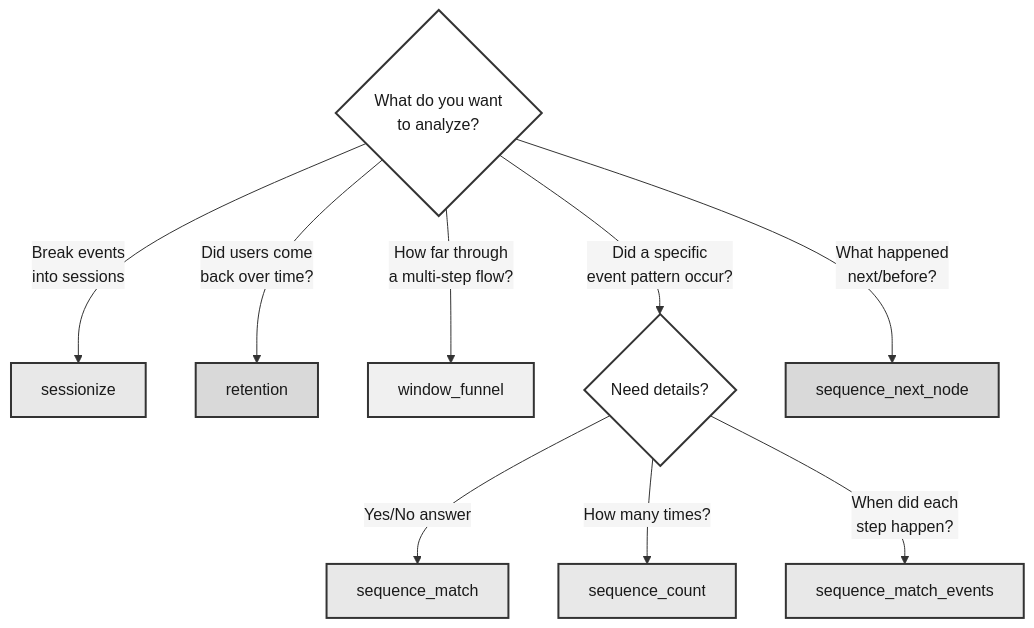
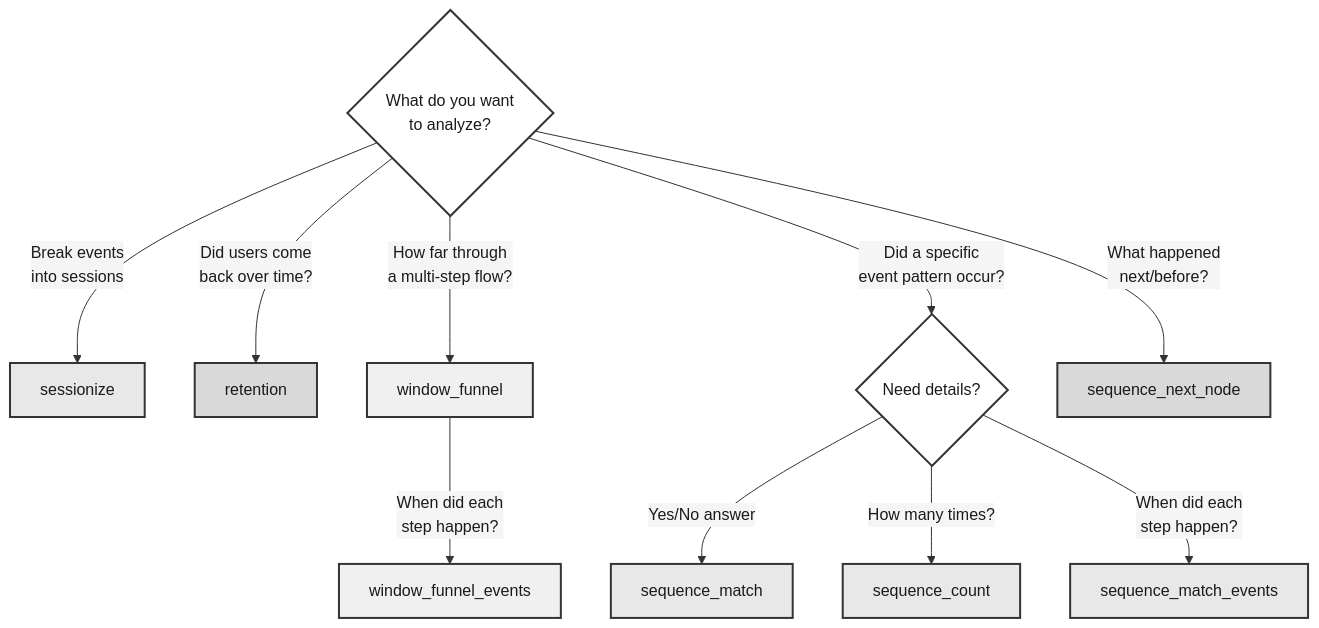
Before and after one commit to tomtom215/duckdb-behavioral: the diagram in docs/src/index.md, drawn with Mermaid. The commit also changed other lines of this file and 13 other files, not shown here.

````diff
--- a/docs/src/index.md
+++ b/docs/src/index.md
@@ -160,23 +160,25 @@
 ```mermaid
 %%{init: {'theme': 'base', 'themeVariables': {'primaryColor': '#ffffff', 'primaryTextColor': '#1a1a1a', 'primaryBorderColor': '#333333', 'lineColor': '#333333', 'secondaryColor': '#f5f5f5', 'tertiaryColor': '#e0e0e0', 'textColor': '#1a1a1a'}}}%%
 flowchart TD
     Q{What do you want<br/>to analyze?}
     Q -->|"Break events<br/>into sessions"| S["sessionize"]
     Q -->|"Did users come<br/>back over time?"| R["retention"]
     Q -->|"How far through<br/>a multi-step flow?"| WF["window_funnel"]
+    WF -->|"When did each<br/>step happen?"| WFE["window_funnel_events"]
     Q -->|"Did a specific<br/>event pattern occur?"| SM{Need details?}
     SM -->|"Yes/No answer"| SEQ["sequence_match"]
     SM -->|"How many times?"| SC["sequence_count"]
     SM -->|"When did each<br/>step happen?"| SME["sequence_match_events"]
     Q -->|"What happened<br/>next/before?"| SNN["sequence_next_node"]
 
     style Q fill:#ffffff,stroke:#333333,stroke-width:2px,color:#1a1a1a
     style S fill:#e8e8e8,stroke:#333333,stroke-width:2px,color:#1a1a1a
     style R fill:#d9d9d9,stroke:#333333,stroke-width:2px,color:#1a1a1a
     style WF fill:#f0f0f0,stroke:#333333,stroke-width:2px,color:#1a1a1a
+    style WFE fill:#f0f0f0,stroke:#333333,stroke-width:2px,color:#1a1a1a
     style SM fill:#ffffff,stroke:#333333,stroke-width:2px,color:#1a1a1a
     style SEQ fill:#e8e8e8,stroke:#333333,stroke-width:2px,color:#1a1a1a
     style SC fill:#e8e8e8,stroke:#333333,stroke-width:2px,color:#1a1a1a
     style SME fill:#e8e8e8,stroke:#333333,stroke-width:2px,color:#1a1a1a
     style SNN fill:#d9d9d9,stroke:#333333,stroke-width:2px,color:#1a1a1a
 ```
````
